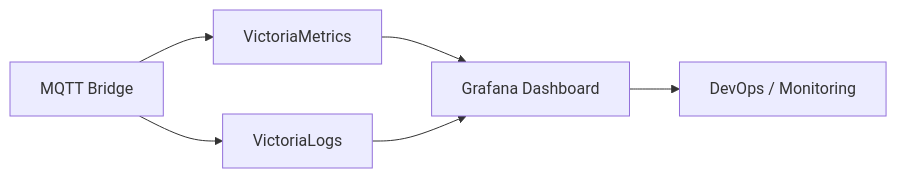
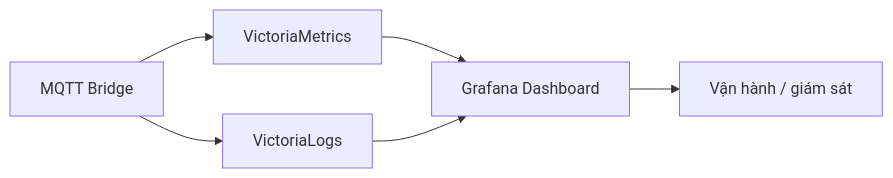
One commit to anmh1205/IoT_Vehicle_Tracking_System changed the diagram in resources/reports/thesis/final/assets/uml/09-chuong-4-trien-khai-cloud-hinh-4-24.mmd. Above: the diagram before and after it, drawn with Mermaid. The commit also changed 209 other files, not shown here.

```diff
--- a/resources/reports/thesis/final/assets/uml/09-chuong-4-trien-khai-cloud-hinh-4-24.mmd
+++ b/resources/reports/thesis/final/assets/uml/09-chuong-4-trien-khai-cloud-hinh-4-24.mmd
@@ -1,6 +1,6 @@
 flowchart LR
     Bridge["MQTT Bridge"] --> VM["VictoriaMetrics"]
     Bridge --> VL["VictoriaLogs"]
     VM --> Grafana["Grafana Dashboard"]
     VL --> Grafana
-    Grafana --> Ops["DevOps / Monitoring"]
+    Grafana --> Ops["Vận hành / giám sát"]
```
